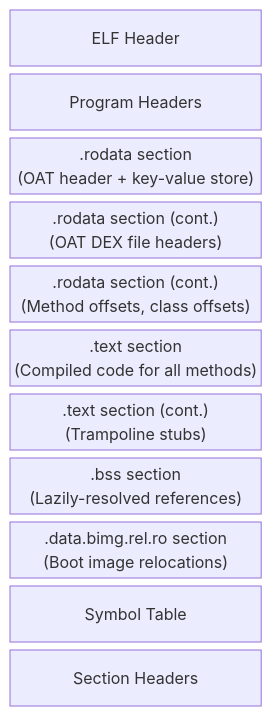
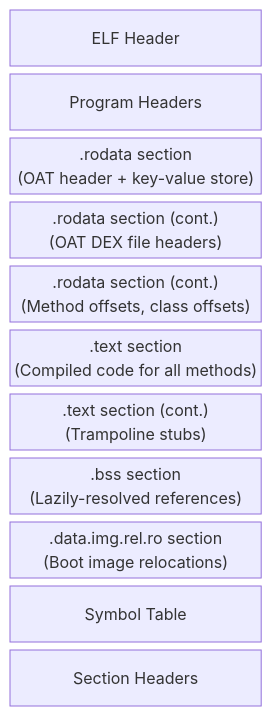
Before and after one commit to aospbooks/aosp-internal-book: the ninth of 28 diagrams in 18-art-runtime.md, drawn with Mermaid. The commit also changed other lines of this file and 218 other files, not shown here.

````diff
--- a/18-art-runtime.md
+++ b/18-art-runtime.md
@@ -1581,15 +1600,15 @@
 ```mermaid
 block-beta
     columns 1
     A["ELF Header"]
     B["Program Headers"]
     C[".rodata section\n(OAT header + key-value store)"]
     D[".rodata section (cont.)\n(OAT DEX file headers)"]
     E[".rodata section (cont.)\n(Method offsets, class offsets)"]
     F[".text section\n(Compiled code for all methods)"]
     G[".text section (cont.)\n(Trampoline stubs)"]
     H[".bss section\n(Lazily-resolved references)"]
-    I[".data.bimg.rel.ro section\n(Boot image relocations)"]
+    I[".data.img.rel.ro section\n(Boot image relocations)"]
     J["Symbol Table"]
     K["Section Headers"]
 ```
````
